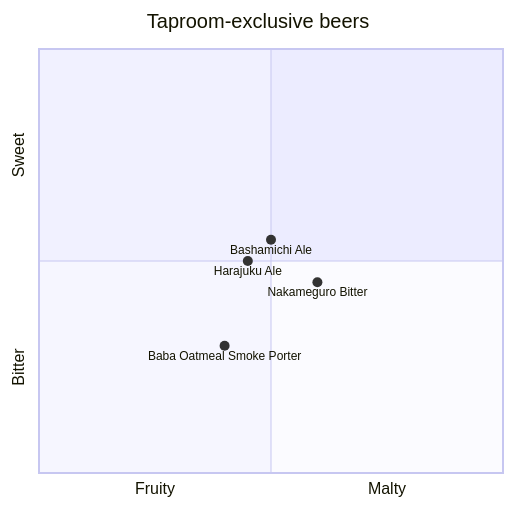
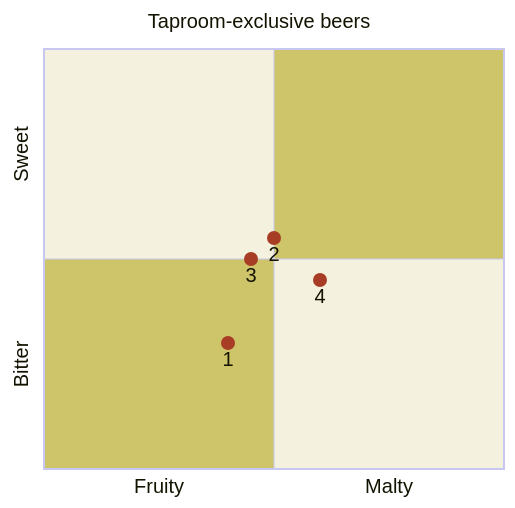
Before and after one commit to josh-wong/baird-beer-quadrants: the first of 5 diagrams in docs/beers-taproom-exclusive.mdx, drawn with Mermaid. The commit also changed other lines of this file and 3 other files, not shown here.

````diff
--- a/docs/beers-taproom-exclusive.mdx
+++ b/docs/beers-taproom-exclusive.mdx
@@ -5,10 +14,11 @@
 ```mermaid
+%%{init: {"quadrantChart": {"xAxisLabelFontSize": 20, "yAxisLabelFontSize": 20,"pointLabelFontSize": 20, "pointRadius": 7, "pointTextPadding": 9}, "themeVariables": {"quadrantPointFill": "#a83d25", "quadrant1Fill": "#cec56b", "quadrant2Fill": "#f4f2de", "quadrant3Fill": "#cec56b", "quadrant4Fill": "#f4f2de"} }}%%
 quadrantChart
     title Taproom-exclusive beers
     x-axis Fruity --> Malty
     y-axis Bitter --> Sweet
-    Baba Oatmeal Smoke Porter: [0.40, 0.30]
-    Bashamichi Ale: [0.50, 0.55]
-    Harajuku Ale: [0.45, 0.50]
-    Nakameguro Bitter: [0.60, 0.45]
+    1: [0.40, 0.30]
+    2: [0.50, 0.55]
+    3: [0.45, 0.50]
+    4: [0.60, 0.45]
 ```
````
